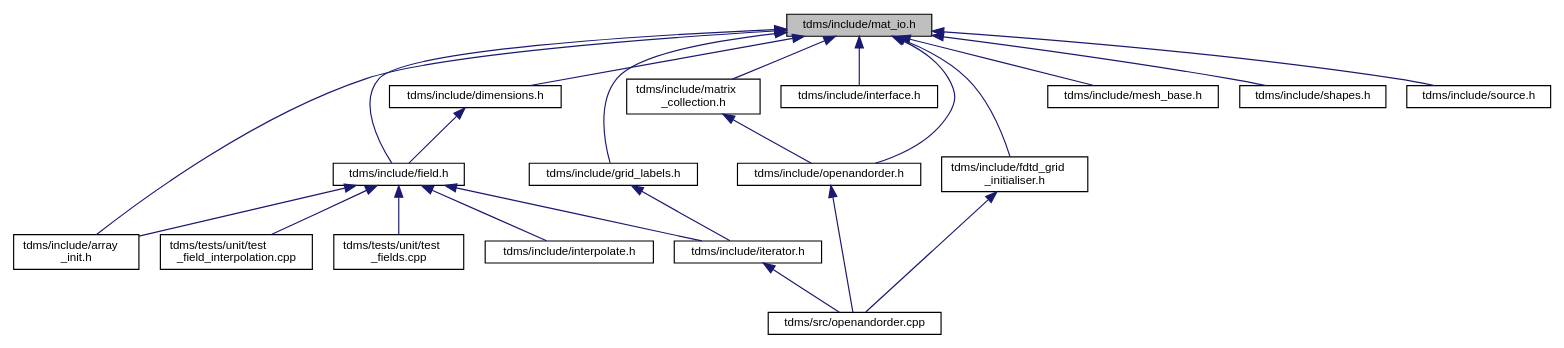
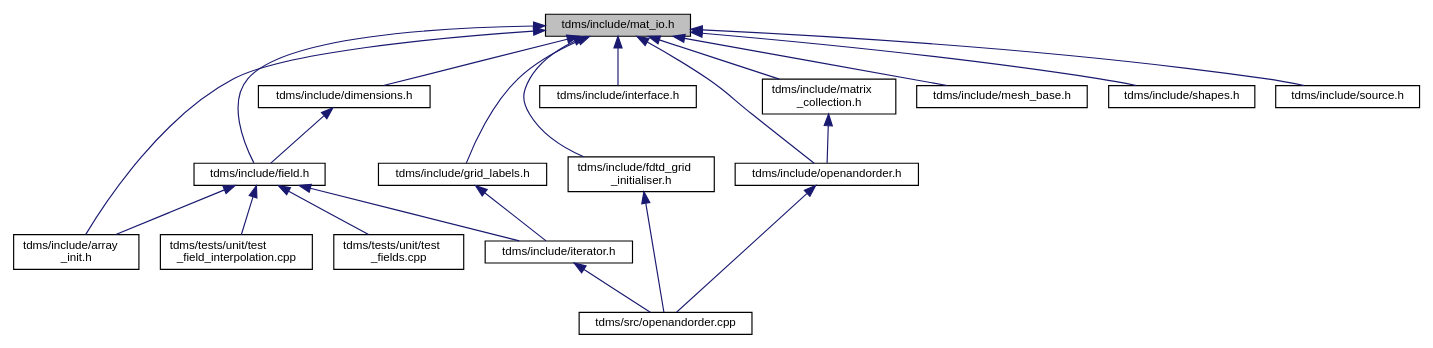
The diagram in mat__io_8h__dep__incl.dot (UCL/TDMS), drawn with Graphviz before and after one commit. The commit also changed 113 other files, not shown here.

```diff
--- a/mat__io_8h__dep__incl.dot
+++ b/mat__io_8h__dep__incl.dot
@@ -1,45 +1,43 @@
 digraph "tdms/include/mat_io.h"
 {
  // LATEX_PDF_SIZE
   edge [fontname="Helvetica",fontsize="10",labelfontname="Helvetica",labelfontsize="10"];
   node [fontname="Helvetica",fontsize="10",shape=record];
   Node1 [label="tdms/include/mat_io.h",height=0.2,width=0.4,color="black", fillcolor="grey75", style="filled", fontcolor="black",tooltip="Includes MATLAB headers for I/O."];
   Node1 -> Node2 [dir="back",color="midnightblue",fontsize="10",style="solid",fontname="Helvetica"];
   Node2 [label="tdms/include/dimensions.h",height=0.2,width=0.4,color="black", fillcolor="white", style="filled",URL="$dimensions_8h.html",tooltip=" "];
   Node2 -> Node3 [dir="back",color="midnightblue",fontsize="10",style="solid",fontname="Helvetica"];
   Node3 [label="tdms/include/field.h",height=0.2,width=0.4,color="black", fillcolor="white", style="filled",URL="$field_8h.html",tooltip="Classes for the electric and magnetic (split) fields on a grid."];
   Node3 -> Node4 [dir="back",color="midnightblue",fontsize="10",style="solid",fontname="Helvetica"];
   Node4 [label="tdms/include/array\l_init.h",height=0.2,width=0.4,color="black", fillcolor="white", style="filled",URL="$array__init_8h.html",tooltip="A collection of functions for array initialisation given MATLAB pointers."];
   Node3 -> Node5 [dir="back",color="midnightblue",fontsize="10",style="solid",fontname="Helvetica"];
-  Node5 [label="tdms/include/interpolate.h",height=0.2,width=0.4,color="black", fillcolor="white", style="filled",URL="$interpolate_8h.html",tooltip="Interpolation of field values within FDTD grid."];
-  Node3 -> Node6 [dir="back",color="midnightblue",fontsize="10",style="solid",fontname="Helvetica"];
-  Node6 [label="tdms/include/iterator.h",height=0.2,width=0.4,color="black", fillcolor="white", style="filled",URL="$iterator_8h.html",tooltip="The main time propogation algorithm."];
-  Node6 -> Node7 [dir="back",color="midnightblue",fontsize="10",style="solid",fontname="Helvetica"];
-  Node7 [label="tdms/src/openandorder.cpp",height=0.2,width=0.4,color="black", fillcolor="white", style="filled",URL="$openandorder_8cpp.html",tooltip="Launch and file IO."];
+  Node5 [label="tdms/include/iterator.h",height=0.2,width=0.4,color="black", fillcolor="white", style="filled",URL="$iterator_8h.html",tooltip="The main time propogation algorithm."];
+  Node5 -> Node6 [dir="back",color="midnightblue",fontsize="10",style="solid",fontname="Helvetica"];
+  Node6 [label="tdms/src/openandorder.cpp",height=0.2,width=0.4,color="black", fillcolor="white", style="filled",URL="$openandorder_8cpp.html",tooltip="Launch and file IO."];
+  Node3 -> Node7 [dir="back",color="midnightblue",fontsize="10",style="solid",fontname="Helvetica"];
+  Node7 [label="tdms/tests/unit/test\l_field_interpolation.cpp",height=0.2,width=0.4,color="black", fillcolor="white", style="filled",URL="$test__field__interpolation_8cpp.html",tooltip="Tests interpolation of E- and H-fields and compares the errors against MATLAB benchmarks."];
   Node3 -> Node8 [dir="back",color="midnightblue",fontsize="10",style="solid",fontname="Helvetica"];
-  Node8 [label="tdms/tests/unit/test\l_field_interpolation.cpp",height=0.2,width=0.4,color="black", fillcolor="white", style="filled",URL="$test__field__interpolation_8cpp.html",tooltip="Tests interpolation of E- and H-fields and compares the errors against MATLAB benchmarks."];
-  Node3 -> Node9 [dir="back",color="midnightblue",fontsize="10",style="solid",fontname="Helvetica"];
-  Node9 [label="tdms/tests/unit/test\l_fields.cpp",height=0.2,width=0.4,color="black", fillcolor="white", style="filled",URL="$test__fields_8cpp.html",tooltip="Test of the Field class and subclasses."];
+  Node8 [label="tdms/tests/unit/test\l_fields.cpp",height=0.2,width=0.4,color="black", fillcolor="white", style="filled",URL="$test__fields_8cpp.html",tooltip="Test of the Field class and subclasses."];
   Node1 -> Node3 [dir="back",color="midnightblue",fontsize="10",style="solid",fontname="Helvetica"];
   Node1 -> Node4 [dir="back",color="midnightblue",fontsize="10",style="solid",fontname="Helvetica"];
+  Node1 -> Node9 [dir="back",color="midnightblue",fontsize="10",style="solid",fontname="Helvetica"];
+  Node9 [label="tdms/include/fdtd_grid\l_initialiser.h",height=0.2,width=0.4,color="black", fillcolor="white", style="filled",URL="$fdtd__grid__initialiser_8h.html",tooltip="Initialisation of the FDTD grid."];
+  Node9 -> Node6 [dir="back",color="midnightblue",fontsize="10",style="solid",fontname="Helvetica"];
   Node1 -> Node10 [dir="back",color="midnightblue",fontsize="10",style="solid",fontname="Helvetica"];
-  Node10 [label="tdms/include/fdtd_grid\l_initialiser.h",height=0.2,width=0.4,color="black", fillcolor="white", style="filled",URL="$fdtd__grid__initialiser_8h.html",tooltip="Initialisation of the FDTD grid."];
-  Node10 -> Node7 [dir="back",color="midnightblue",fontsize="10",style="solid",fontname="Helvetica"];
+  Node10 [label="tdms/include/grid_labels.h",height=0.2,width=0.4,color="black", fillcolor="white", style="filled",URL="$grid__labels_8h.html",tooltip="Class to hold the labels of a Yee cell."];
+  Node10 -> Node5 [dir="back",color="midnightblue",fontsize="10",style="solid",fontname="Helvetica"];
   Node1 -> Node11 [dir="back",color="midnightblue",fontsize="10",style="solid",fontname="Helvetica"];
-  Node11 [label="tdms/include/grid_labels.h",height=0.2,width=0.4,color="black", fillcolor="white", style="filled",URL="$grid__labels_8h.html",tooltip="Class to hold the labels of a Yee cell."];
-  Node11 -> Node6 [dir="back",color="midnightblue",fontsize="10",style="solid",fontname="Helvetica"];
+  Node11 [label="tdms/include/interface.h",height=0.2,width=0.4,color="black", fillcolor="white", style="filled",URL="$interface_8h.html",tooltip=" "];
   Node1 -> Node12 [dir="back",color="midnightblue",fontsize="10",style="solid",fontname="Helvetica"];
-  Node12 [label="tdms/include/interface.h",height=0.2,width=0.4,color="black", fillcolor="white", style="filled",URL="$interface_8h.html",tooltip=" "];
+  Node12 [label="tdms/include/matrix\l_collection.h",height=0.2,width=0.4,color="black", fillcolor="white", style="filled",URL="$matrix__collection_8h.html",tooltip="A collection of named MATLAB matrices."];
+  Node12 -> Node13 [dir="back",color="midnightblue",fontsize="10",style="solid",fontname="Helvetica"];
+  Node13 [label="tdms/include/openandorder.h",height=0.2,width=0.4,color="black", fillcolor="white", style="filled",URL="$openandorder_8h.html",tooltip="Launch TDMS and file IO."];
+  Node13 -> Node6 [dir="back",color="midnightblue",fontsize="10",style="solid",fontname="Helvetica"];
+  Node1 -> Node14 [dir="back",color="midnightblue",fontsize="10",style="solid",fontname="Helvetica"];
+  Node14 [label="tdms/include/mesh_base.h",height=0.2,width=0.4,color="black", fillcolor="white", style="filled",URL="$mesh__base_8h.html",tooltip="Generation of orientated mesh."];
   Node1 -> Node13 [dir="back",color="midnightblue",fontsize="10",style="solid",fontname="Helvetica"];
-  Node13 [label="tdms/include/matrix\l_collection.h",height=0.2,width=0.4,color="black", fillcolor="white", style="filled",URL="$matrix__collection_8h.html",tooltip="A collection of named MATLAB matrices."];
-  Node13 -> Node14 [dir="back",color="midnightblue",fontsize="10",style="solid",fontname="Helvetica"];
-  Node14 [label="tdms/include/openandorder.h",height=0.2,width=0.4,color="black", fillcolor="white", style="filled",URL="$openandorder_8h.html",tooltip="Launch TDMS and file IO."];
-  Node14 -> Node7 [dir="back",color="midnightblue",fontsize="10",style="solid",fontname="Helvetica"];
   Node1 -> Node15 [dir="back",color="midnightblue",fontsize="10",style="solid",fontname="Helvetica"];
-  Node15 [label="tdms/include/mesh_base.h",height=0.2,width=0.4,color="black", fillcolor="white", style="filled",URL="$mesh__base_8h.html",tooltip="Generation of orientated mesh."];
-  Node1 -> Node14 [dir="back",color="midnightblue",fontsize="10",style="solid",fontname="Helvetica"];
+  Node15 [label="tdms/include/shapes.h",height=0.2,width=0.4,color="black", fillcolor="white", style="filled",URL="$shapes_8h_source.html",tooltip=" "];
   Node1 -> Node16 [dir="back",color="midnightblue",fontsize="10",style="solid",fontname="Helvetica"];
-  Node16 [label="tdms/include/shapes.h",height=0.2,width=0.4,color="black", fillcolor="white", style="filled",URL="$shapes_8h_source.html",tooltip=" "];
-  Node1 -> Node17 [dir="back",color="midnightblue",fontsize="10",style="solid",fontname="Helvetica"];
-  Node17 [label="tdms/include/source.h",height=0.2,width=0.4,color="black", fillcolor="white", style="filled",URL="$source_8h.html",tooltip=" "];
+  Node16 [label="tdms/include/source.h",height=0.2,width=0.4,color="black", fillcolor="white", style="filled",URL="$source_8h.html",tooltip=" "];
 }
```
